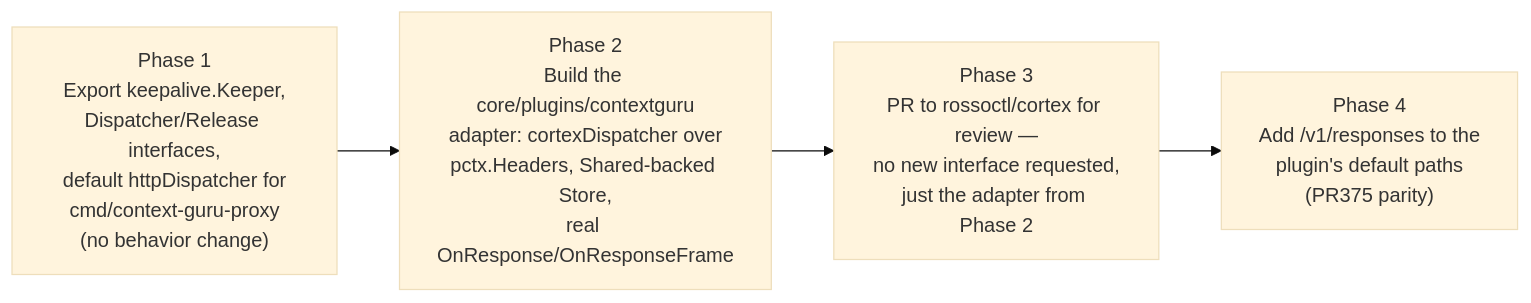
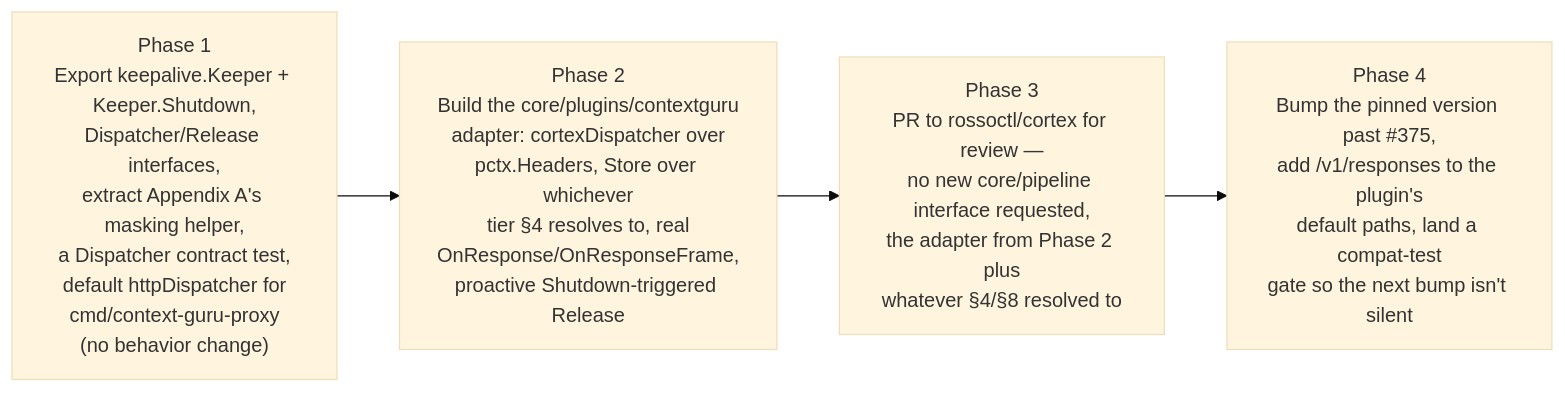
Before and after one commit to rossoctl/context-guru: the fifth of 5 diagrams in docs/proposals/cortex-integration.md, drawn with Mermaid (base theme). The commit also changed other lines of this file, not shown here.

````diff
--- a/docs/proposals/cortex-integration.md
+++ b/docs/proposals/cortex-integration.md
@@ -314,7 +436,7 @@
 ```mermaid
 graph LR
-    P1["Phase 1<br/>Export keepalive.Keeper,<br/>Dispatcher/Release interfaces,<br/>default httpDispatcher for<br/>cmd/context-guru-proxy<br/>(no behavior change)"] --> P2
-    P2["Phase 2<br/>Build the core/plugins/contextguru<br/>adapter: cortexDispatcher over<br/>pctx.Headers, Shared-backed Store,<br/>real OnResponse/OnResponseFrame"] --> P3
-    P3["Phase 3<br/>PR to rossoctl/cortex for review —<br/>no new interface requested,<br/>just the adapter from Phase 2"] --> P4
-    P4["Phase 4<br/>Add /v1/responses to the<br/>plugin's default paths<br/>(PR375 parity)"]
+    P1["Phase 1<br/>Export keepalive.Keeper + Keeper.Shutdown,<br/>Dispatcher/Release interfaces,<br/>extract Appendix A's masking helper,<br/>a Dispatcher contract test,<br/>default httpDispatcher for<br/>cmd/context-guru-proxy<br/>(no behavior change)"] --> P2
+    P2["Phase 2<br/>Build the core/plugins/contextguru<br/>adapter: cortexDispatcher over<br/>pctx.Headers, Store over whichever<br/>tier §4 resolves to, real<br/>OnResponse/OnResponseFrame,<br/>proactive Shutdown-triggered Release"] --> P3
+    P3["Phase 3<br/>PR to rossoctl/cortex for review —<br/>no new core/pipeline interface requested,<br/>the adapter from Phase 2 plus<br/>whatever §4/§8 resolved to"] --> P4
+    P4["Phase 4<br/>Bump the pinned version past #375,<br/>add /v1/responses to the plugin's<br/>default paths, land a compat-test<br/>gate so the next bump isn't silent"]
 ```
````
